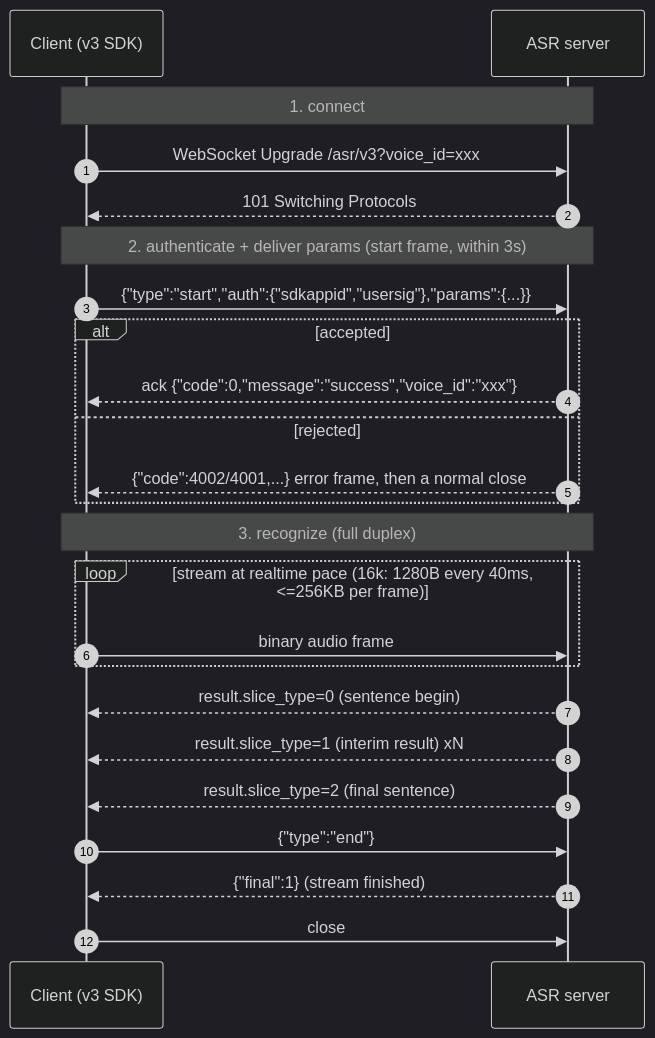
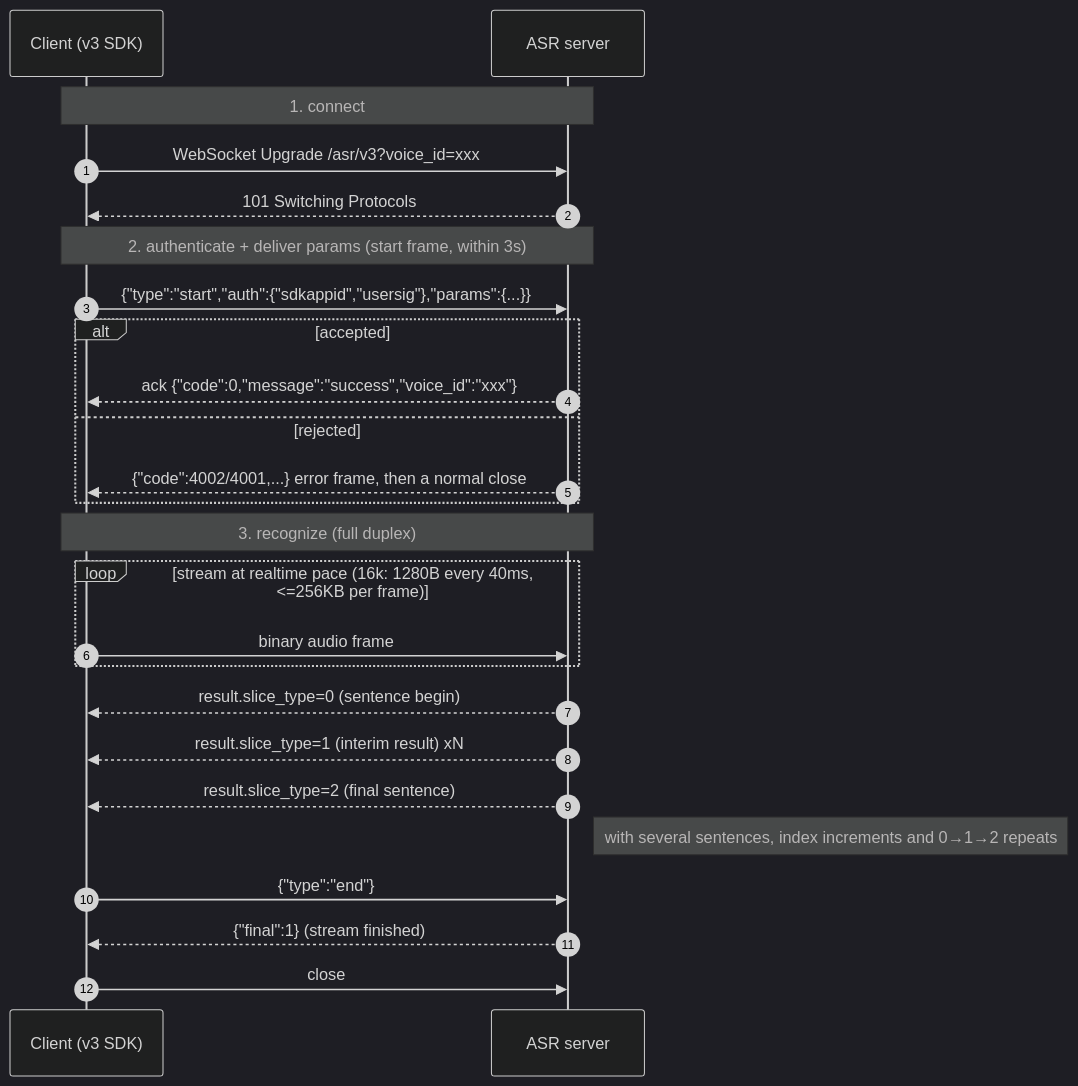
The first of 3 diagrams in README.en.md (Tencent-RTC/trtc-asr-sdk-python), drawn with Mermaid (dark theme) before and after one commit. The commit also changed other lines of this file and 4 other files, not shown here.

````diff
--- a/README.en.md
+++ b/README.en.md
@@ -92,30 +92,31 @@
 ```mermaid
 sequenceDiagram
     autonumber
     participant C as Client (v3 SDK)
     participant S as ASR server
 
     Note over C,S: 1. connect
     C->>S: WebSocket Upgrade /asr/v3?voice_id=xxx
     S-->>C: 101 Switching Protocols
 
     Note over C,S: 2. authenticate + deliver params (start frame, within 3s)
     C->>S: {"type":"start","auth":{"sdkappid","usersig"},"params":{...}}
     alt accepted
         S-->>C: ack {"code":0,"message":"success","voice_id":"xxx"}
     else rejected
         S-->>C: {"code":4002/4001,...} error frame, then a normal close
     end
 
     Note over C,S: 3. recognize (full duplex)
     loop stream at realtime pace (16k: 1280B every 40ms, <=256KB per frame)
         C->>S: binary audio frame
     end
     S-->>C: result.slice_type=0 (sentence begin)
     S-->>C: result.slice_type=1 (interim result) xN
     S-->>C: result.slice_type=2 (final sentence)
+    Note right of S: with several sentences, index increments and 0→1→2 repeats
 
     C->>S: {"type":"end"}
     S-->>C: {"final":1} (stream finished)
     C->>S: close
 ```
````
